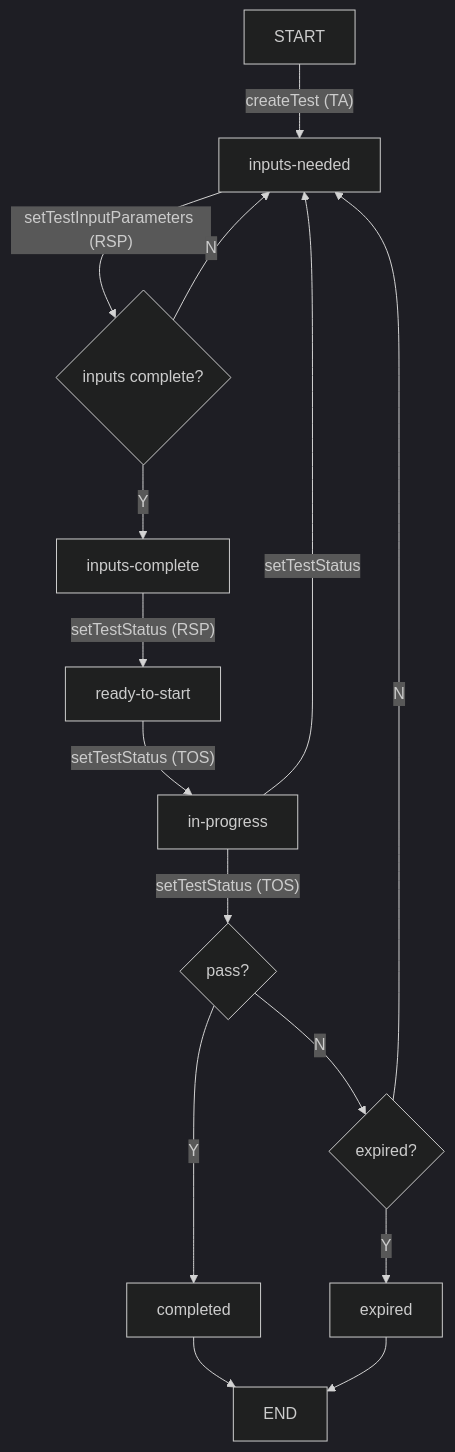
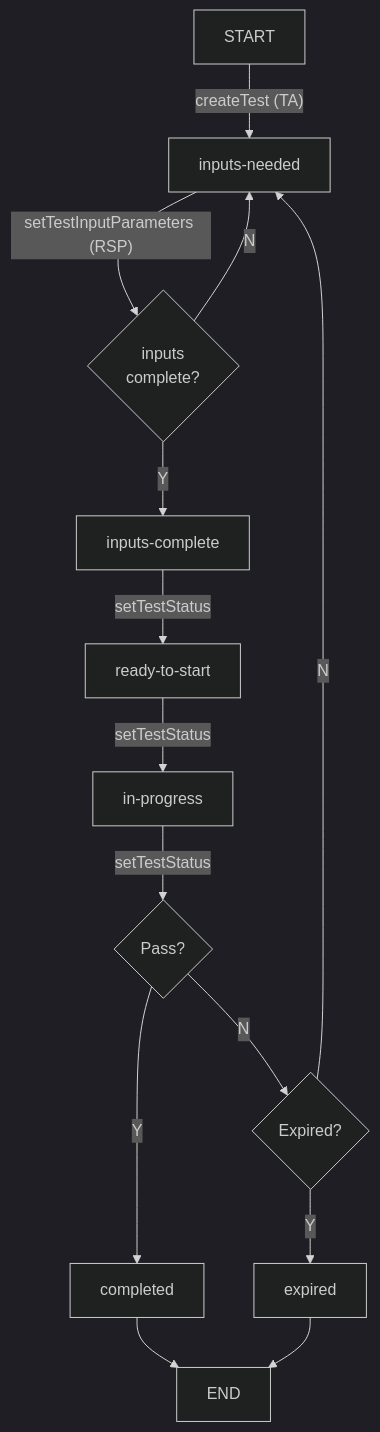
Before and after one commit to icann/rst-api-spec: the diagram in etc/test-object-state-machine.mmd, drawn with Mermaid (dark theme). The commit also changed 3 other files, not shown here.

Commit message:
update diagrams

```diff
--- a/etc/test-object-state-machine.mmd
+++ b/etc/test-object-state-machine.mmd
@@ -1,15 +1,14 @@
 flowchart TD
     START[START] --> |"createTest (TA)"| A
-    A[inputs-needed] -->|"setTestInputParameters (RSP)"| B{inputs complete?}
+    A[inputs-needed] -->|"setTestInputParameters (RSP)"| B{inputs<br>complete?}
     B -->|N| A
     B -->|Y| C[inputs-complete]
-    C -->|"setTestStatus (RSP)"| D[ready-to-start]
-    D --> |"setTestStatus (TOS)"| E1[in-progress]
-    E1 --> |setTestStatus| A
-    E1 --> |"setTestStatus (TOS)"| G{pass?}
+    C -->|"setTestStatus"| D[ready-to-start]
+    D --> |"setTestStatus"| E1[in-progress]
+    E1 --> |"setTestStatus"| G{Pass?}
     G --> |Y| H[completed]
-    G --> |N| I{expired?}
+    G --> |N| I{Expired?}
     I --> |N| A
     I --> |Y| J[expired]
     H --> END
     J --> END
```
